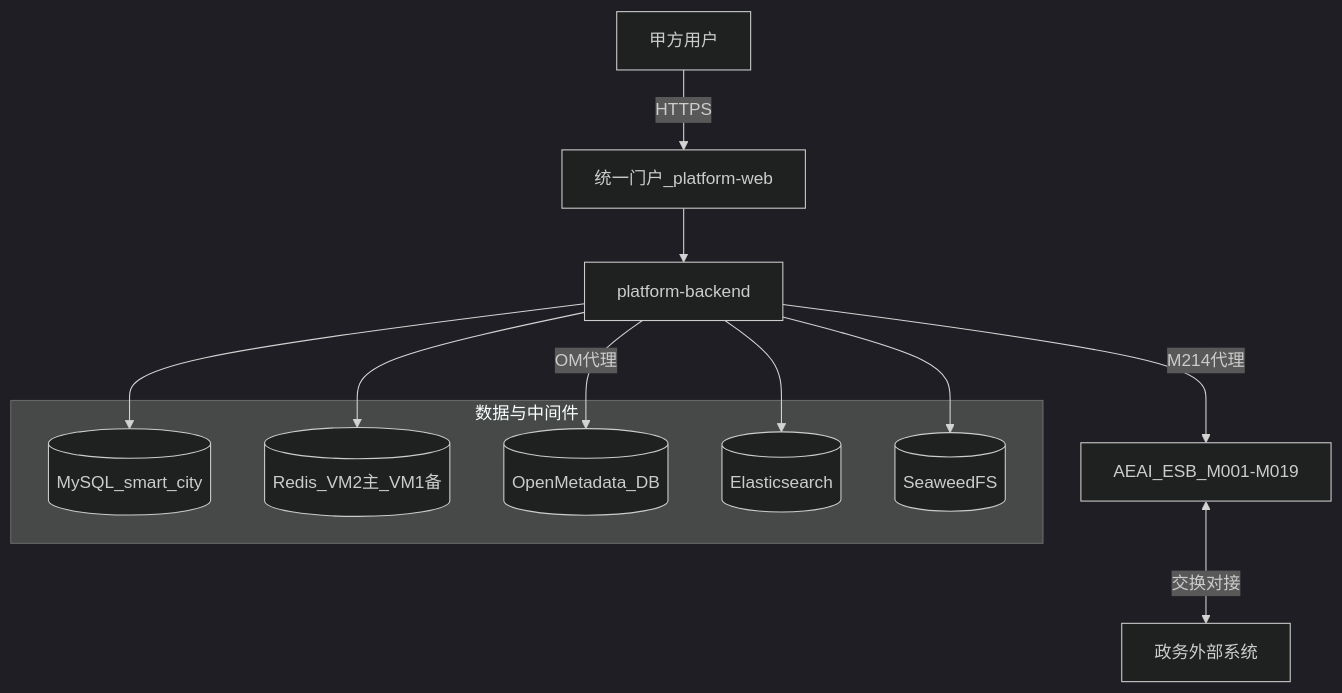
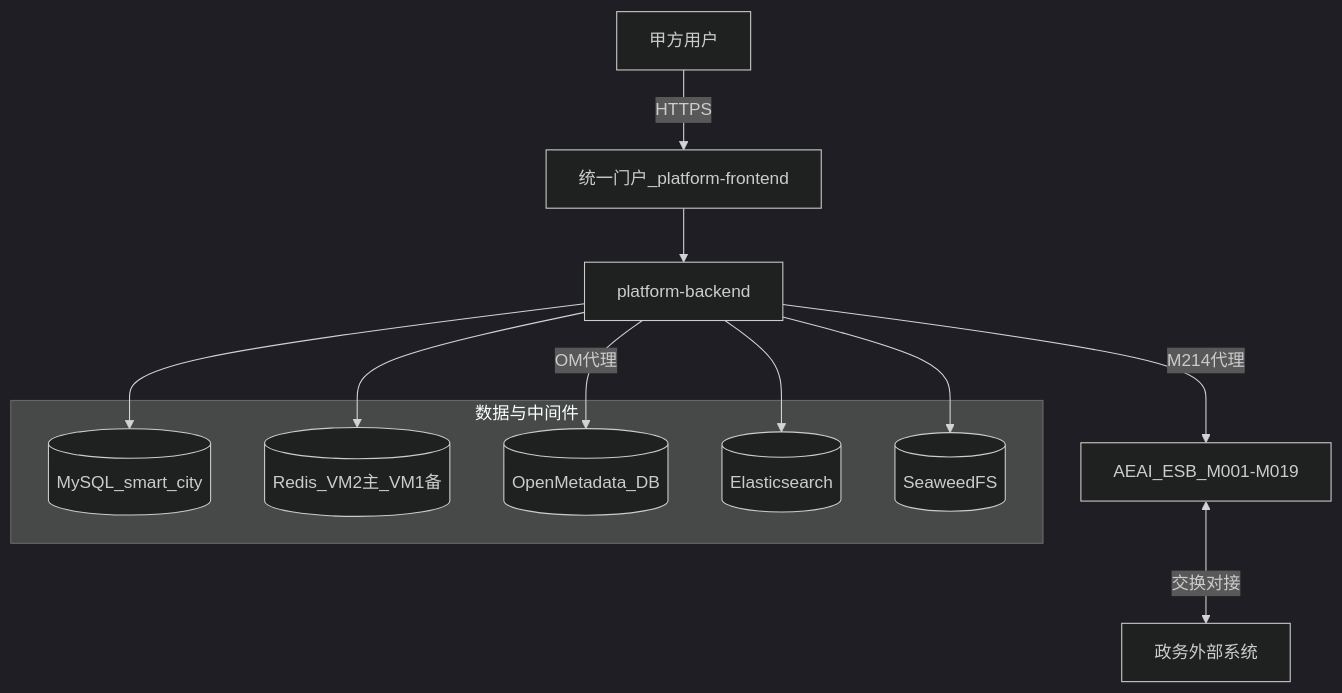
One commit to 4v8kjnvhcc-rgb/chengde-smart-city changed the first of 9 diagrams in docs/D07-总体技术架构设计.md. Above: the diagram before and after it, drawn with Mermaid (dark theme). The commit also changed other lines of this file and 231 other files, not shown here.

Commit message:
[门户] 考核系统门户票据SSO，并将 platform-web 重命名为 platform-frontend

````diff
--- a/docs/D07-总体技术架构设计.md
+++ b/docs/D07-总体技术架构设计.md
@@ -116,24 +116,24 @@
 ```mermaid
 flowchart TB
   User[甲方用户]
-  Portal[统一门户_platform-web]
+  Portal[统一门户_platform-frontend]
   Backend[platform-backend]
   ESB[AEAI_ESB_M001-M019]
   GovSys[政务外部系统]
   subgraph datastores [数据与中间件]
     MySQL[(MySQL_smart_city)]
     Redis[(Redis_VM2主_VM1备)]
     OM[(OpenMetadata_DB)]
     ES[(Elasticsearch)]
     SW[(SeaweedFS)]
   end
   User -->|HTTPS| Portal
   Portal --> Backend
   Backend --> MySQL
   Backend --> Redis
   Backend -->|M214代理| ESB
   Backend -->|OM代理| OM
   ESB <-->|交换对接| GovSys
   Backend --> ES
   Backend --> SW
 ```
````
